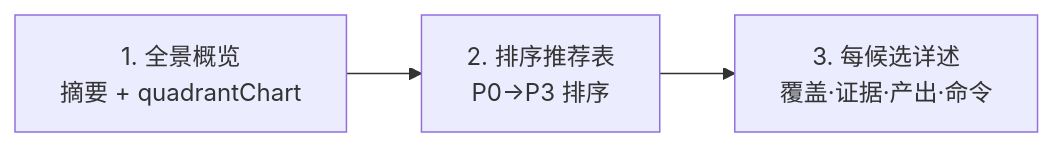
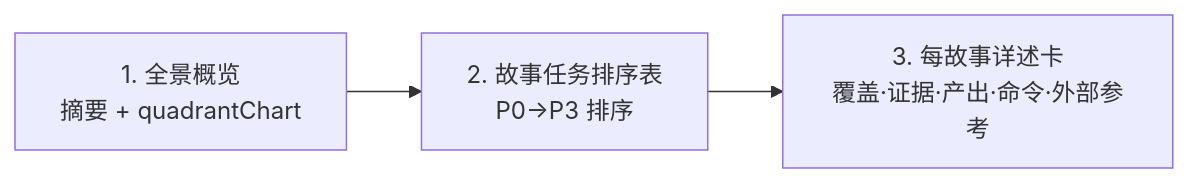
Before and after one commit to effiy/YrY: the fourth of 4 diagrams in skills/rui/recommend-criteria.md, drawn with Mermaid. The commit also changed other lines of this file and 5 other files, not shown here.

````diff
--- a/skills/rui/recommend-criteria.md
+++ b/skills/rui/recommend-criteria.md
@@ -147,5 +168,5 @@
 ```mermaid
 flowchart LR
-    OVERVIEW["1. 全景概览<br/>摘要 + quadrantChart"] --> TABLE["2. 排序推荐表<br/>P0→P3 排序"]
-    TABLE --> DETAIL["3. 每候选详述<br/>覆盖·证据·产出·命令"]
+    OVERVIEW["1. 全景概览<br/>摘要 + quadrantChart"] --> TABLE["2. 故事任务排序表<br/>P0→P3 排序"]
+    TABLE --> DETAIL["3. 每故事详述卡<br/>覆盖·证据·产出·命令·外部参考"]
 ```
````
